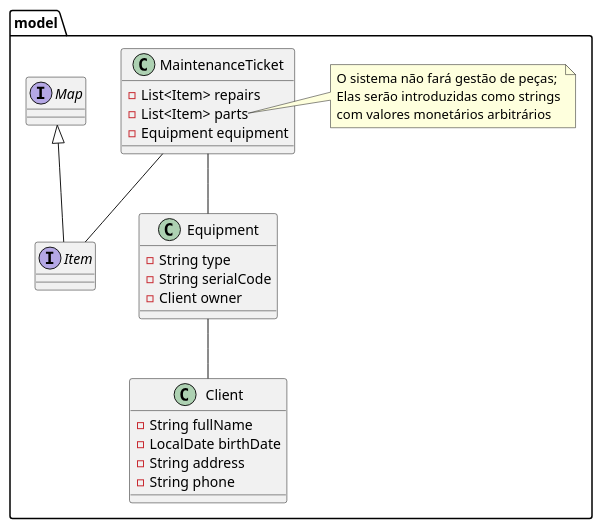
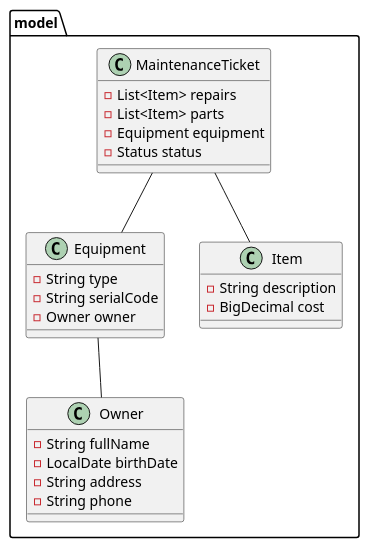
Before and after one commit to radialserial/Mixer: the second of 2 diagrams in README.md, drawn with PlantUML. The commit also changed other lines of this file, not shown here.

Commit message:
docs(README): add item and change client to owner

````diff
--- a/README.md
+++ b/README.md
@@ -11,41 +12,38 @@
 ```plantuml
 @startuml
 
 package model {
 
-    class Client {
+    class Owner {
         - String fullName
         - LocalDate birthDate
         - String address
         - String phone
     }
 
     class Equipment {
         - String type
         - String serialCode
-        - Client owner
+        - Owner owner
     }
 
     class MaintenanceTicket {
         - List<Item> repairs
         - List<Item> parts
         - Equipment equipment
+        - Status status
     }
 
-    note right of MaintenanceTicket::parts
-        O sistema não fará gestão de peças;
-        Elas serão introduzidas como strings
-        com valores monetários arbitrários
-    end note
-
-    interface Item extends Map<String, BigDecimal> {
+    class Item {
+        - String description
+        - BigDecimal cost
     }
 
     MaintenanceTicket -- Item
     MaintenanceTicket -- Equipment
-    Equipment -- Client
+    Equipment -- Owner
 
 }
 
 @enduml
 ```
````
